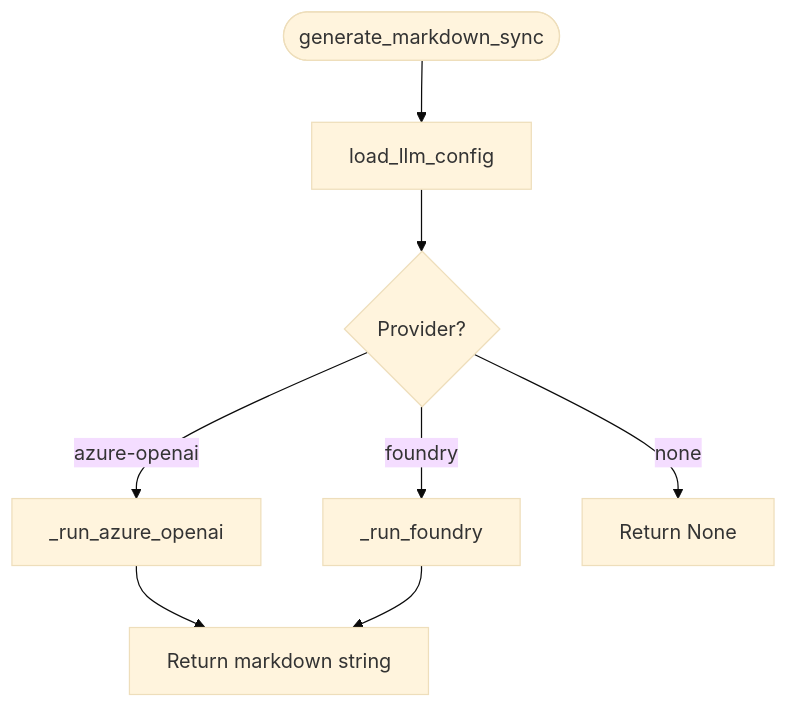
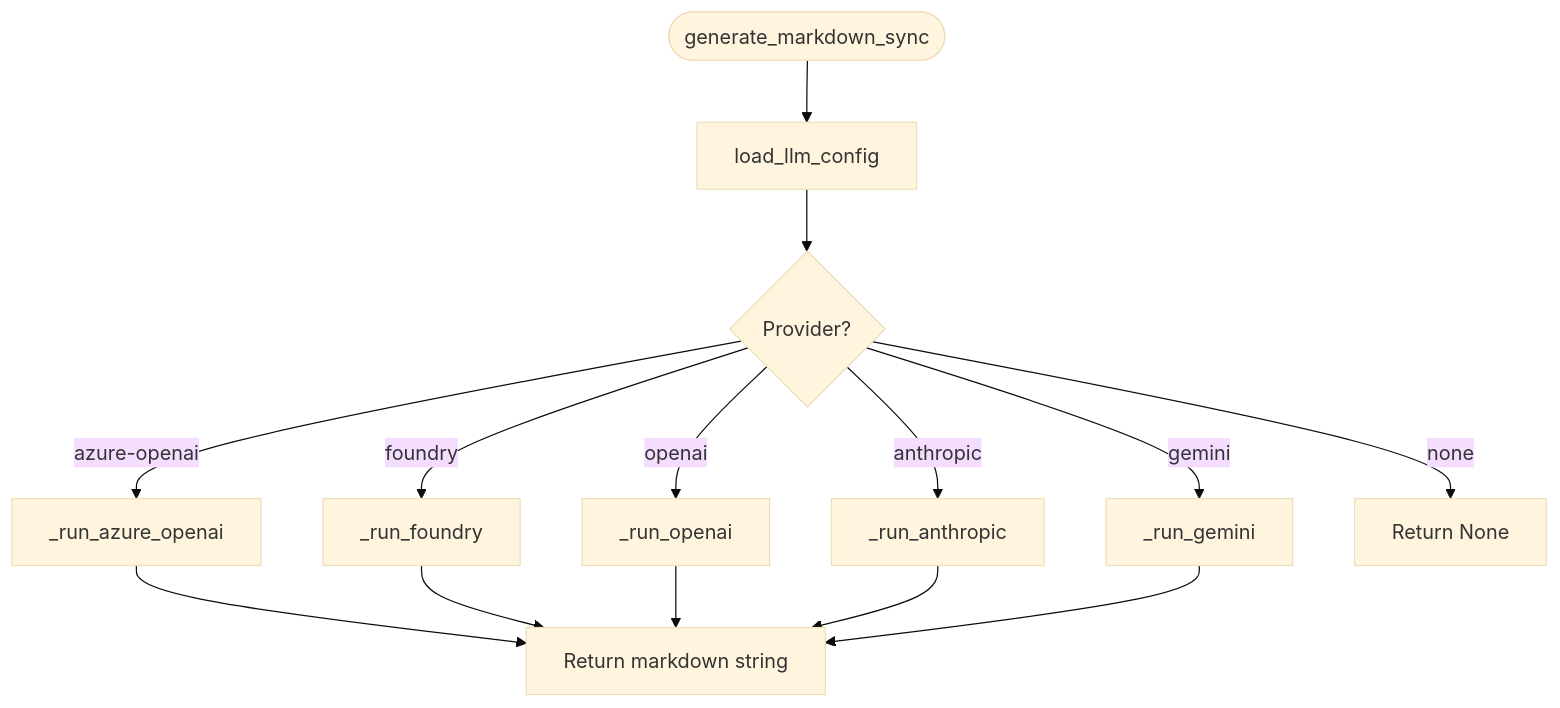
Before and after one commit to defoxtrotalpha/Documentation-Agent: the fifth of 5 diagrams in DOCUMENTATION.md, drawn with Mermaid (base theme). The commit also changed other lines of this file and 2 other files, not shown here.

````diff
--- a/DOCUMENTATION.md
+++ b/DOCUMENTATION.md
@@ -133,10 +135,16 @@
 ```mermaid
 flowchart TD
     ENTRY([generate_markdown_sync]) --> LOAD[load_llm_config]
     LOAD --> DETECT{Provider?}
     DETECT -->|azure-openai| AO[_run_azure_openai]
     DETECT -->|foundry| FN[_run_foundry]
+    DETECT -->|openai| OAI[_run_openai]
+    DETECT -->|anthropic| CLAUDE[_run_anthropic]
+    DETECT -->|gemini| GEM[_run_gemini]
     DETECT -->|none| SKIP[Return None]
     AO --> RESP[Return markdown string]
     FN --> RESP
+    OAI --> RESP
+    CLAUDE --> RESP
+    GEM --> RESP
 ```
````
